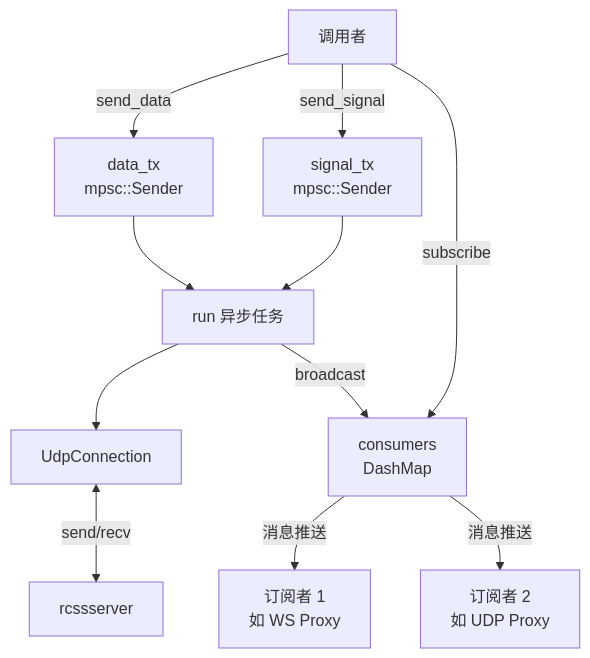
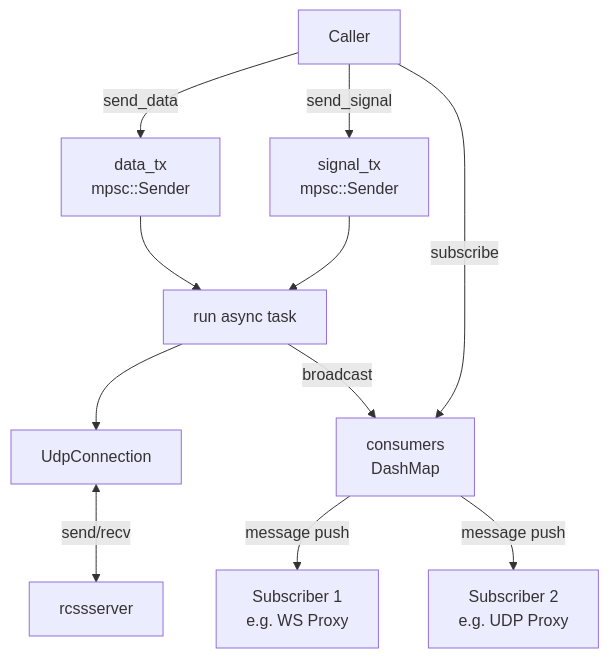
One commit to NN-4H0U/cluster changed diagram 14 of 20 in docs/REPORT.md. Above: the diagram before and after it, drawn with Mermaid. The commit also changed other lines of this file, not shown here.

Commit message:
docs: fix 3.3 stateDiagram parse error and translate all diagram Chinese to English

````diff
--- a/docs/REPORT.md
+++ b/docs/REPORT.md
@@ -362,14 +362,14 @@
 ```mermaid
 graph TD
-    APP[调用者] -->|send_data| DT[data_tx\nmpsc::Sender]
+    APP[Caller] -->|send_data| DT[data_tx\nmpsc::Sender]
     APP -->|send_signal| ST[signal_tx\nmpsc::Sender]
     APP -->|subscribe| CS[consumers\nDashMap<Uuid, mpsc::Sender>]
 
-    DT --> RUN[run 异步任务]
+    DT --> RUN[run async task]
     ST --> RUN
     RUN --> UDP[UdpConnection]
     UDP <-->|send/recv| RCSS[rcssserver]
     RUN -->|broadcast| CS
-    CS -->|消息推送| SUB1[订阅者 1\n如 WS Proxy]
-    CS -->|消息推送| SUB2[订阅者 2\n如 UDP Proxy]
+    CS -->|message push| SUB1[Subscriber 1\ne.g. WS Proxy]
+    CS -->|message push| SUB2[Subscriber 2\ne.g. UDP Proxy]
 ```
````
